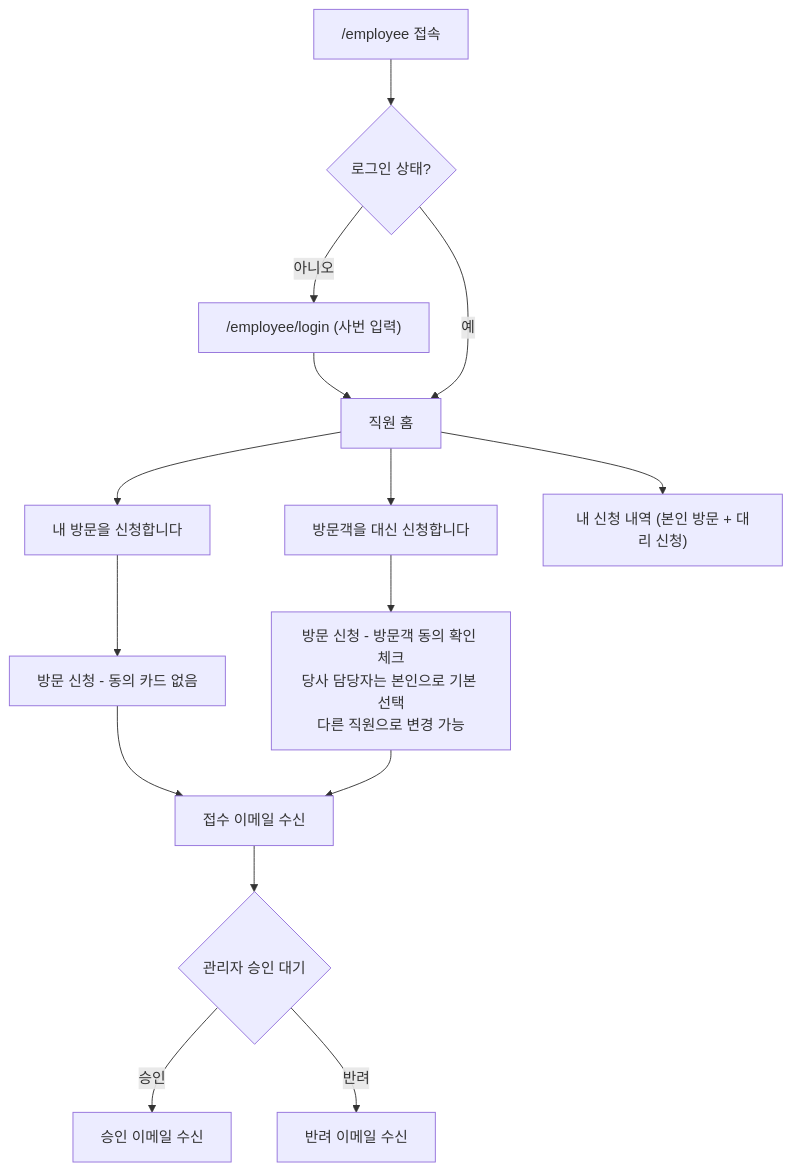
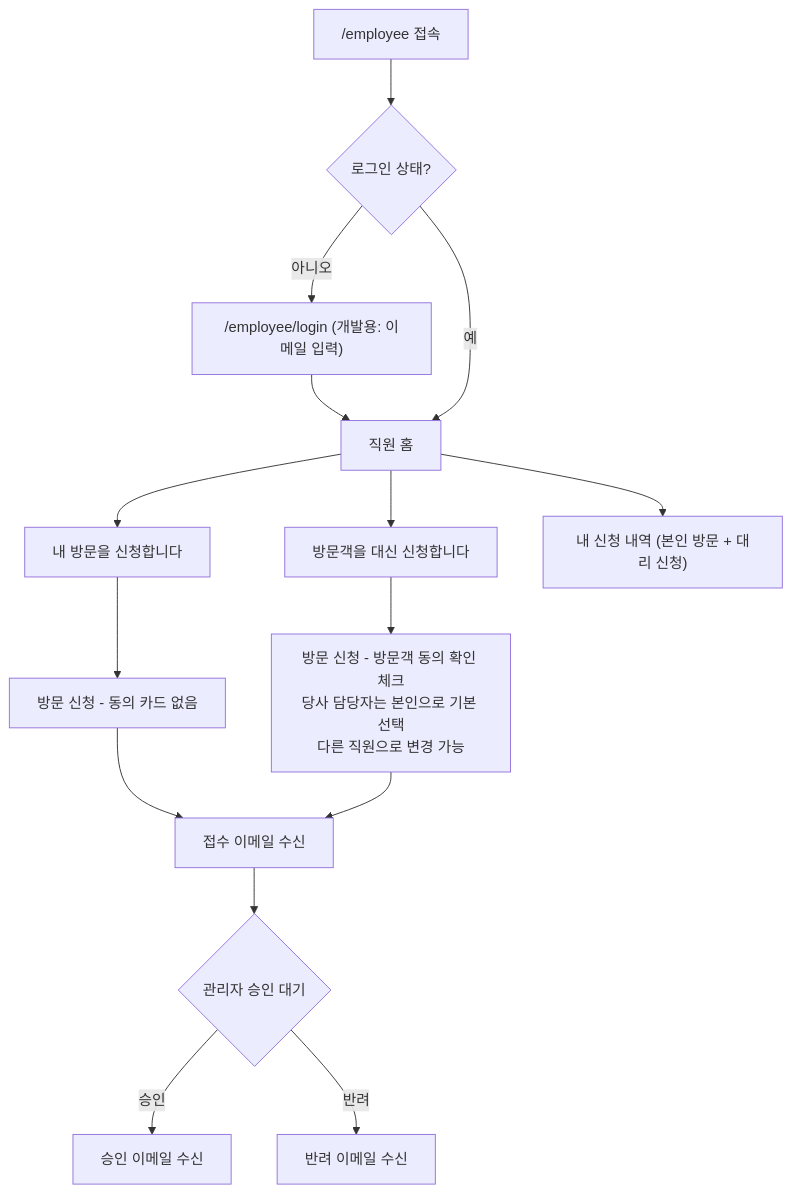
One commit to leejyeone/ParkingSystem changed the second of 5 diagrams in README.md. Above: the diagram before and after it, drawn with Mermaid. The commit also changed other lines of this file and 7 other files, not shown here.

````diff
--- a/README.md
+++ b/README.md
@@ -217,17 +217,17 @@
 ```mermaid
 flowchart TD
     A["/employee 접속"] --> B{로그인 상태?}
-    B -->|아니오| C["/employee/login (사번 입력)"]
+    B -->|아니오| C["/employee/login (개발용: 이메일 입력)"]
     C --> D[직원 홈]
     B -->|예| D
     D --> E["내 방문을 신청합니다"]
     D --> F["방문객을 대신 신청합니다"]
     E --> G[방문 신청 - 동의 카드 없음]
     F --> H[방문 신청 - 방문객 동의 확인 체크<br/>당사 담당자는 본인으로 기본 선택<br/>다른 직원으로 변경 가능]
     G --> I[접수 이메일 수신]
     H --> I
     I --> J{관리자 승인 대기}
     J -->|승인| K[승인 이메일 수신]
     J -->|반려| L[반려 이메일 수신]
     D --> M["내 신청 내역 (본인 방문 + 대리 신청)"]
 ```
````
